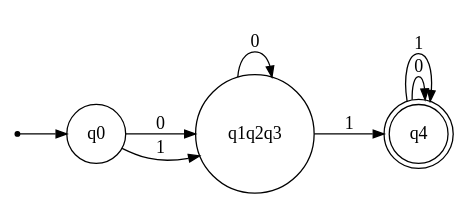
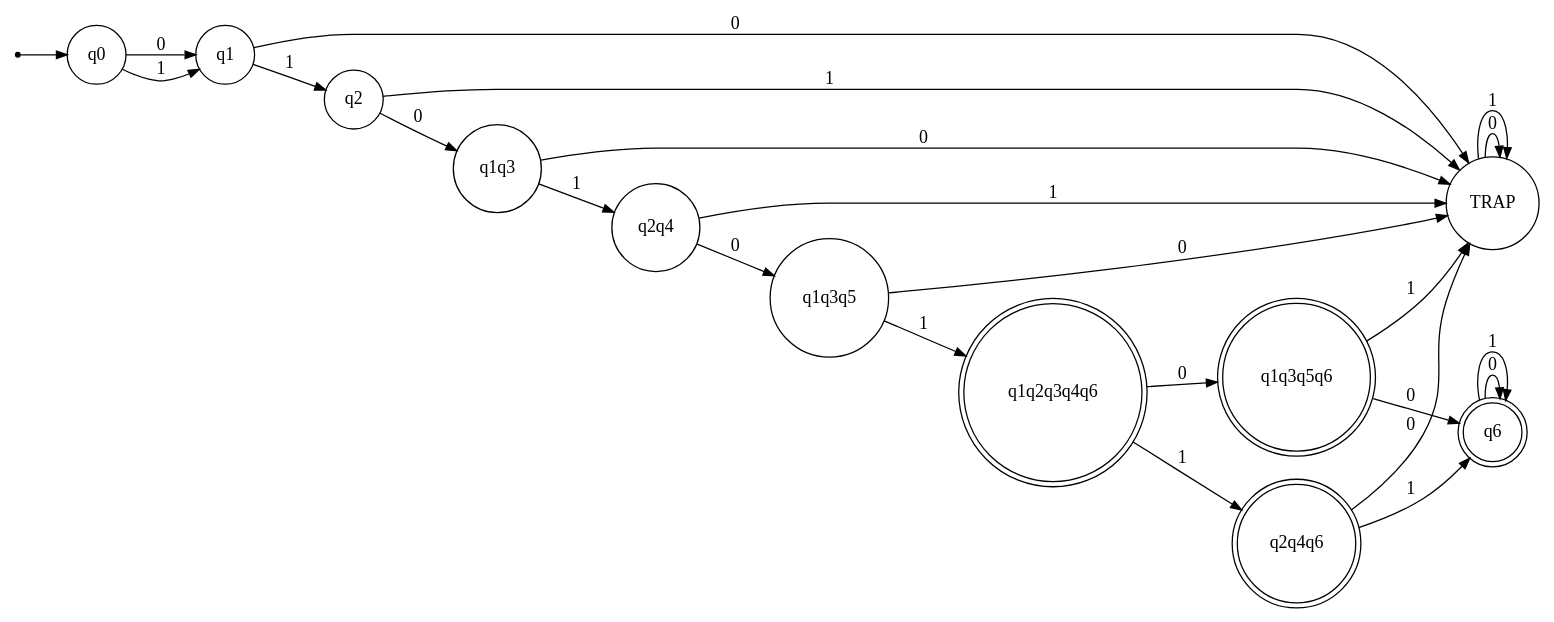
The diagram in Project1/Digraph.gv (AliSheikhAttar/TheoryofLanguagesAndAutomata), drawn with Graphviz before and after one commit. The commit also changed 15 other files, not shown here.

```diff
--- a/Project1/Digraph.gv
+++ b/Project1/Digraph.gv
@@ -1,15 +1,39 @@
 digraph {
 	ranksep=0.5 size="(8, 8)"
 	rankdir=LR
 	Initial [label="" fontsize=14.0 shape=point]
+	TRAP [fontsize=14.0 shape=circle]
 	q0 [fontsize=14.0 shape=circle]
-	q1q2q3 [fontsize=14.0 shape=circle]
-	q4 [fontsize=14.0 shape=doublecircle]
+	q1 [fontsize=14.0 shape=circle]
+	q1q2q3q4q6 [fontsize=14.0 shape=doublecircle]
+	q1q3 [fontsize=14.0 shape=circle]
+	q1q3q5 [fontsize=14.0 shape=circle]
+	q1q3q5q6 [fontsize=14.0 shape=doublecircle]
+	q2 [fontsize=14.0 shape=circle]
+	q2q4 [fontsize=14.0 shape=circle]
+	q2q4q6 [fontsize=14.0 shape=doublecircle]
+	q6 [fontsize=14.0 shape=doublecircle]
 	Initial -> q0 [arrowsize=0.85]
-	q0 -> q1q2q3 [label=" 0 " arrowsize=0.85 fontsize=14.0]
-	q0 -> q1q2q3 [label=" 1 " arrowsize=0.85 fontsize=14.0]
-	q1q2q3 -> q1q2q3 [label=" 0 " arrowsize=0.85 fontsize=14.0]
-	q1q2q3 -> q4 [label=" 1 " arrowsize=0.85 fontsize=14.0]
-	q4 -> q4 [label=" 0 " arrowsize=0.85 fontsize=14.0]
-	q4 -> q4 [label=" 1 " arrowsize=0.85 fontsize=14.0]
+	q0 -> q1 [label=" 0 " arrowsize=0.85 fontsize=14.0]
+	q0 -> q1 [label=" 1 " arrowsize=0.85 fontsize=14.0]
+	q1 -> TRAP [label=" 0 " arrowsize=0.85 fontsize=14.0]
+	q1 -> q2 [label=" 1 " arrowsize=0.85 fontsize=14.0]
+	TRAP -> TRAP [label=" 0 " arrowsize=0.85 fontsize=14.0]
+	TRAP -> TRAP [label=" 1 " arrowsize=0.85 fontsize=14.0]
+	q2 -> q1q3 [label=" 0 " arrowsize=0.85 fontsize=14.0]
+	q2 -> TRAP [label=" 1 " arrowsize=0.85 fontsize=14.0]
+	q1q3 -> TRAP [label=" 0 " arrowsize=0.85 fontsize=14.0]
+	q1q3 -> q2q4 [label=" 1 " arrowsize=0.85 fontsize=14.0]
+	q2q4 -> q1q3q5 [label=" 0 " arrowsize=0.85 fontsize=14.0]
+	q2q4 -> TRAP [label=" 1 " arrowsize=0.85 fontsize=14.0]
+	q1q3q5 -> TRAP [label=" 0 " arrowsize=0.85 fontsize=14.0]
+	q1q3q5 -> q1q2q3q4q6 [label=" 1 " arrowsize=0.85 fontsize=14.0]
+	q1q2q3q4q6 -> q1q3q5q6 [label=" 0 " arrowsize=0.85 fontsize=14.0]
+	q1q2q3q4q6 -> q2q4q6 [label=" 1 " arrowsize=0.85 fontsize=14.0]
+	q1q3q5q6 -> q6 [label=" 0 " arrowsize=0.85 fontsize=14.0]
+	q1q3q5q6 -> TRAP [label=" 1 " arrowsize=0.85 fontsize=14.0]
+	q6 -> q6 [label=" 0 " arrowsize=0.85 fontsize=14.0]
+	q6 -> q6 [label=" 1 " arrowsize=0.85 fontsize=14.0]
+	q2q4q6 -> TRAP [label=" 0 " arrowsize=0.85 fontsize=14.0]
+	q2q4q6 -> q6 [label=" 1 " arrowsize=0.85 fontsize=14.0]
 }
```
